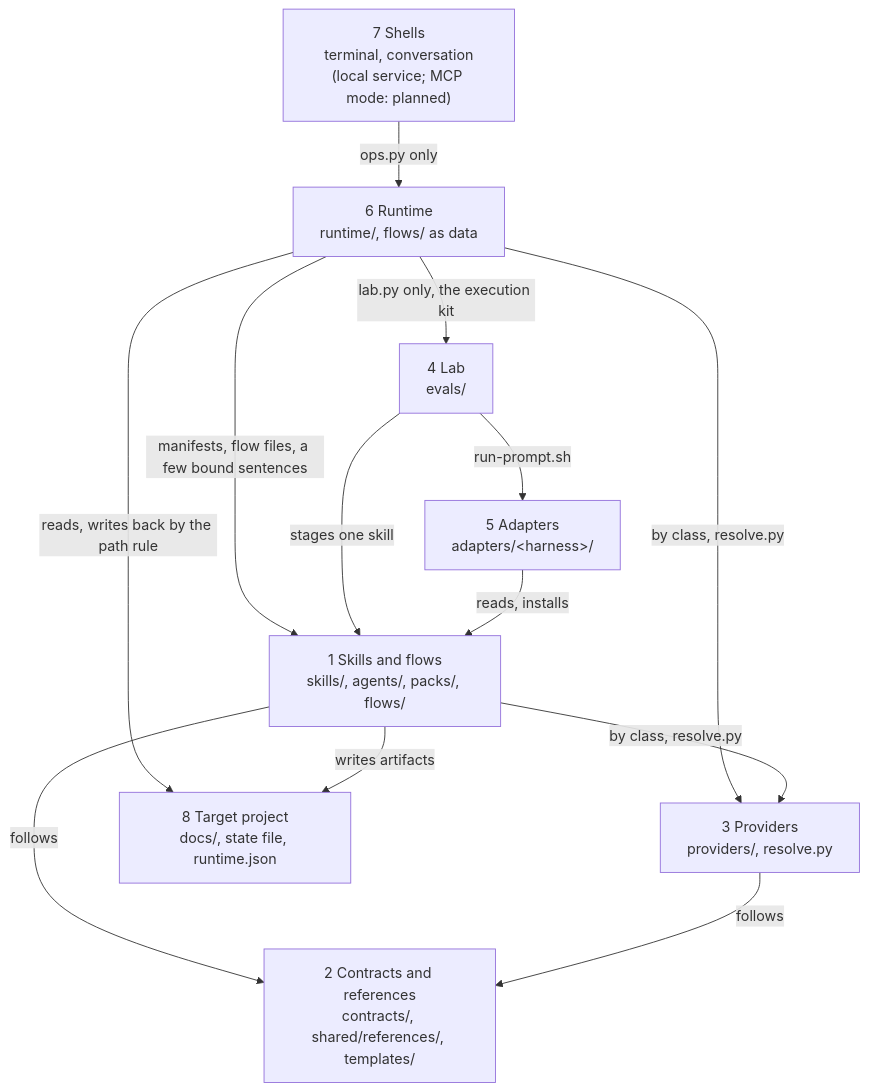
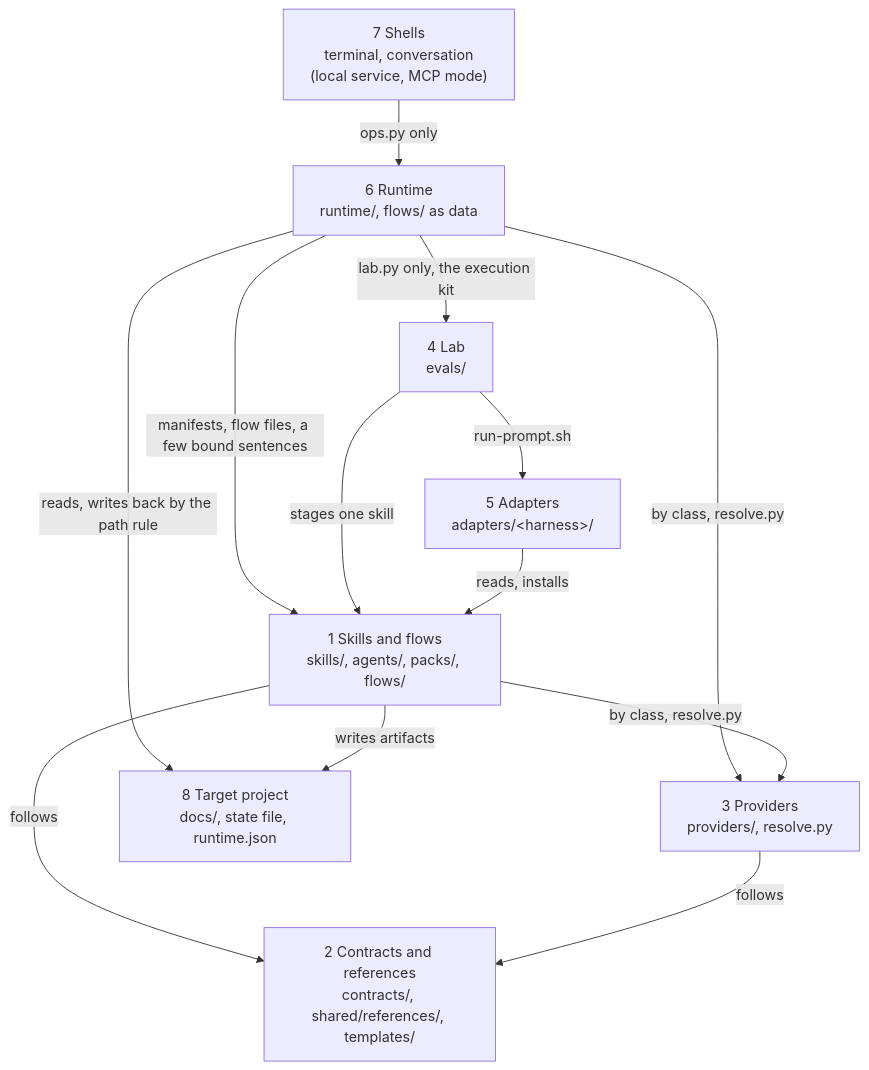
One commit to chrissgon/ai-workbench changed the first of 2 diagrams in docs/architecture/platform/README.md. Above: the diagram before and after it, drawn with Mermaid. The commit also changed other lines of this file and 10 other files, not shown here.

First line of the commit message:
feat(runtime): the MCP mode: the allowed operations as tools over stdio, approve of an effect refused (WP-9.7)

````diff
--- a/docs/architecture/platform/README.md
+++ b/docs/architecture/platform/README.md
@@ -62,24 +62,24 @@
 ```mermaid
 flowchart TB
-    L7["7 Shells<br/>terminal, conversation<br/>(local service; MCP mode: planned)"]
+    L7["7 Shells<br/>terminal, conversation<br/>(local service, MCP mode)"]
     L6["6 Runtime<br/>runtime/, flows/ as data"]
     L5["5 Adapters<br/>adapters/&lt;harness&gt;/"]
     L4["4 Lab<br/>evals/"]
     L3["3 Providers<br/>providers/, resolve.py"]
     L2["2 Contracts and references<br/>contracts/, shared/references/, templates/"]
     L1["1 Skills and flows<br/>skills/, agents/, packs/, flows/"]
     L8["8 Target project<br/>docs/, state file, runtime.json"]
 
     L7 -->|"ops.py only"| L6
     L6 -->|"lab.py only, the execution kit"| L4
     L6 -->|"by class, resolve.py"| L3
     L6 -->|"manifests, flow files, a few bound sentences"| L1
     L6 -->|"reads, writes back by the path rule"| L8
     L4 -->|"stages one skill"| L1
     L4 -->|"run-prompt.sh"| L5
     L5 -->|"reads, installs"| L1
     L1 -->|"follows"| L2
     L3 -->|"follows"| L2
     L1 -->|"writes artifacts"| L8
     L1 -->|"by class, resolve.py"| L3
 ```
````
